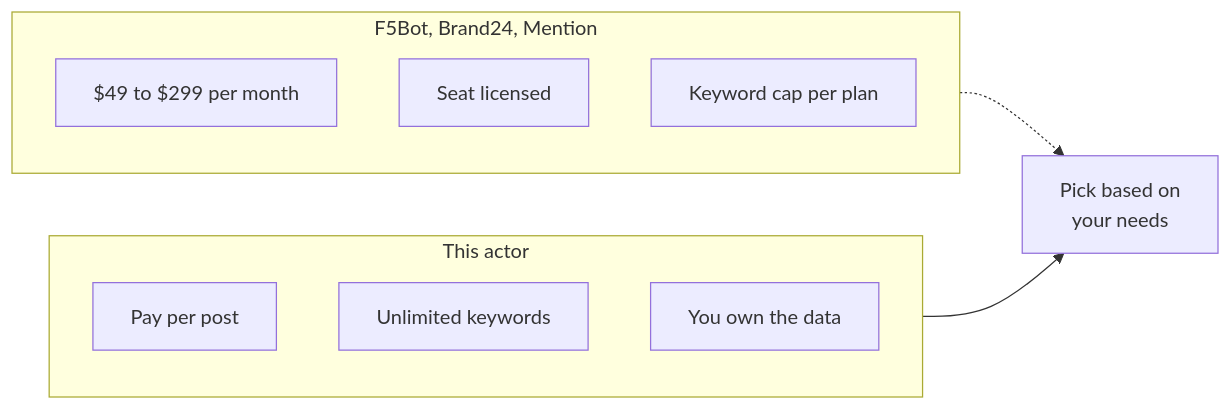
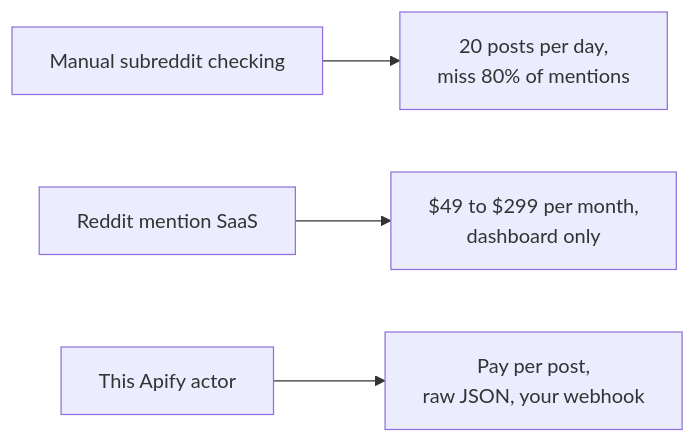
The third of 3 diagrams in actors/reddit-lead-monitor/README.md (Ken-Mutisya/scrapemint), drawn with Mermaid before and after one commit. The commit also changed other lines of this file and 3 other files, not shown here.

````diff
--- a/actors/reddit-lead-monitor/README.md
+++ b/actors/reddit-lead-monitor/README.md
@@ -57,15 +107,6 @@
 ```mermaid
 flowchart LR
-    subgraph Paid[F5Bot, Brand24, Mention]
-        A1[$49 to $299 per month]
-        A2[Seat licensed]
-        A3[Keyword cap per plan]
-    end
-    subgraph Actor[This actor]
-        B1[Pay per post]
-        B2[Unlimited keywords]
-        B3[You own the data]
-    end
-    Paid -.-> X[Pick based on<br/>your needs]
-    Actor --> X
+    M[Manual subreddit checking] --> X[20 posts per day,<br/>miss 80% of mentions]
+    S[Reddit mention SaaS] --> Y[$49 to $299 per month,<br/>dashboard only]
+    A[This Apify actor] --> Z[Pay per post,<br/>raw JSON, your webhook]
 ```
````
